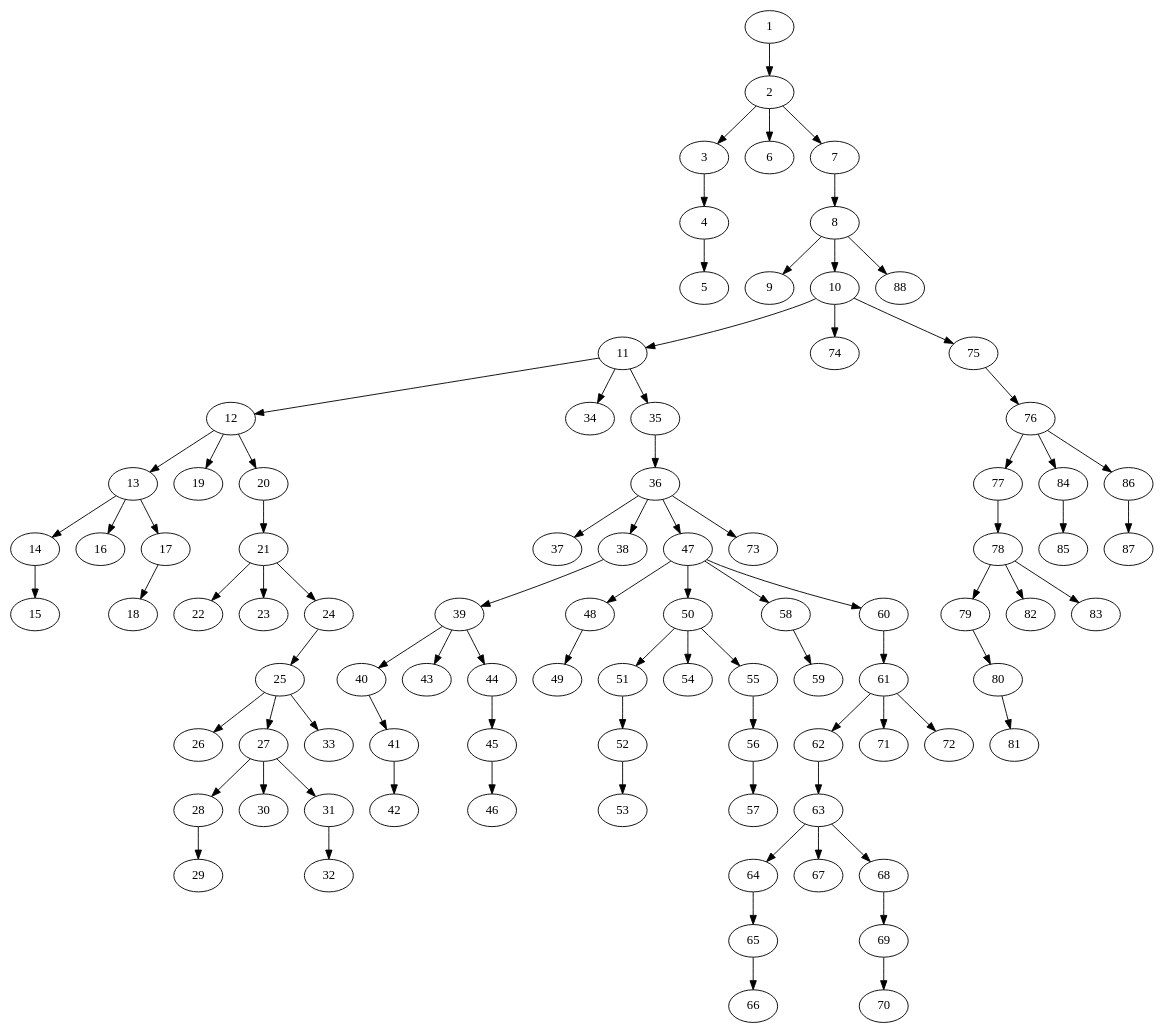
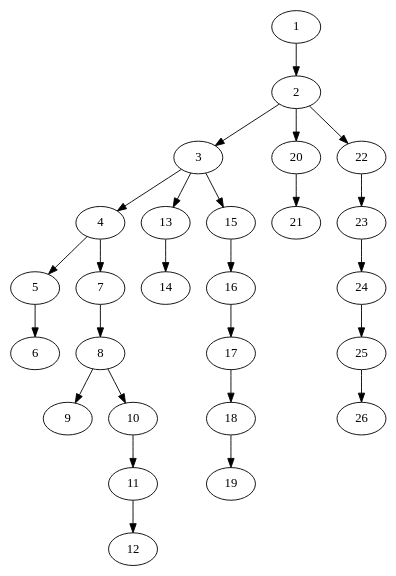
Before and after one commit to Ajax12345/caspian-lang: the diagram in caspian/src/ast_stuff.dot, drawn with Graphviz. The commit also changed 4 other files, not shown here.

```diff
--- a/caspian/src/ast_stuff.dot
+++ b/caspian/src/ast_stuff.dot
@@ -1,89 +1,27 @@
 strict digraph "" {
 	1 -> 2;
 	2 -> 3;
-	2 -> 6;
-	2 -> 7;
+	2 -> 20;
+	2 -> 22;
 	3 -> 4;
+	3 -> 13;
+	3 -> 15;
 	4 -> 5;
+	4 -> 7;
+	5 -> 6;
 	7 -> 8;
 	8 -> 9;
 	8 -> 10;
-	8 -> 88;
 	10 -> 11;
-	10 -> 74;
-	10 -> 75;
 	11 -> 12;
-	11 -> 34;
-	11 -> 35;
-	12 -> 13;
-	12 -> 19;
-	12 -> 20;
 	13 -> 14;
-	13 -> 16;
-	13 -> 17;
-	14 -> 15;
+	15 -> 16;
+	16 -> 17;
 	17 -> 18;
+	18 -> 19;
 	20 -> 21;
-	21 -> 22;
-	21 -> 23;
-	21 -> 24;
+	22 -> 23;
+	23 -> 24;
 	24 -> 25;
 	25 -> 26;
-	25 -> 27;
-	25 -> 33;
-	27 -> 28;
-	27 -> 30;
-	27 -> 31;
-	28 -> 29;
-	31 -> 32;
-	35 -> 36;
-	36 -> 37;
-	36 -> 38;
-	36 -> 47;
-	36 -> 73;
-	38 -> 39;
-	39 -> 40;
-	39 -> 43;
-	39 -> 44;
-	40 -> 41;
-	41 -> 42;
-	44 -> 45;
-	45 -> 46;
-	47 -> 48;
-	47 -> 50;
-	47 -> 58;
-	47 -> 60;
-	48 -> 49;
-	50 -> 51;
-	50 -> 54;
-	50 -> 55;
-	51 -> 52;
-	52 -> 53;
-	55 -> 56;
-	56 -> 57;
-	58 -> 59;
-	60 -> 61;
-	61 -> 62;
-	61 -> 71;
-	61 -> 72;
-	62 -> 63;
-	63 -> 64;
-	63 -> 67;
-	63 -> 68;
-	64 -> 65;
-	65 -> 66;
-	68 -> 69;
-	69 -> 70;
-	75 -> 76;
-	76 -> 77;
-	76 -> 84;
-	76 -> 86;
-	77 -> 78;
-	78 -> 79;
-	78 -> 82;
-	78 -> 83;
-	79 -> 80;
-	80 -> 81;
-	84 -> 85;
-	86 -> 87;
 }
```
